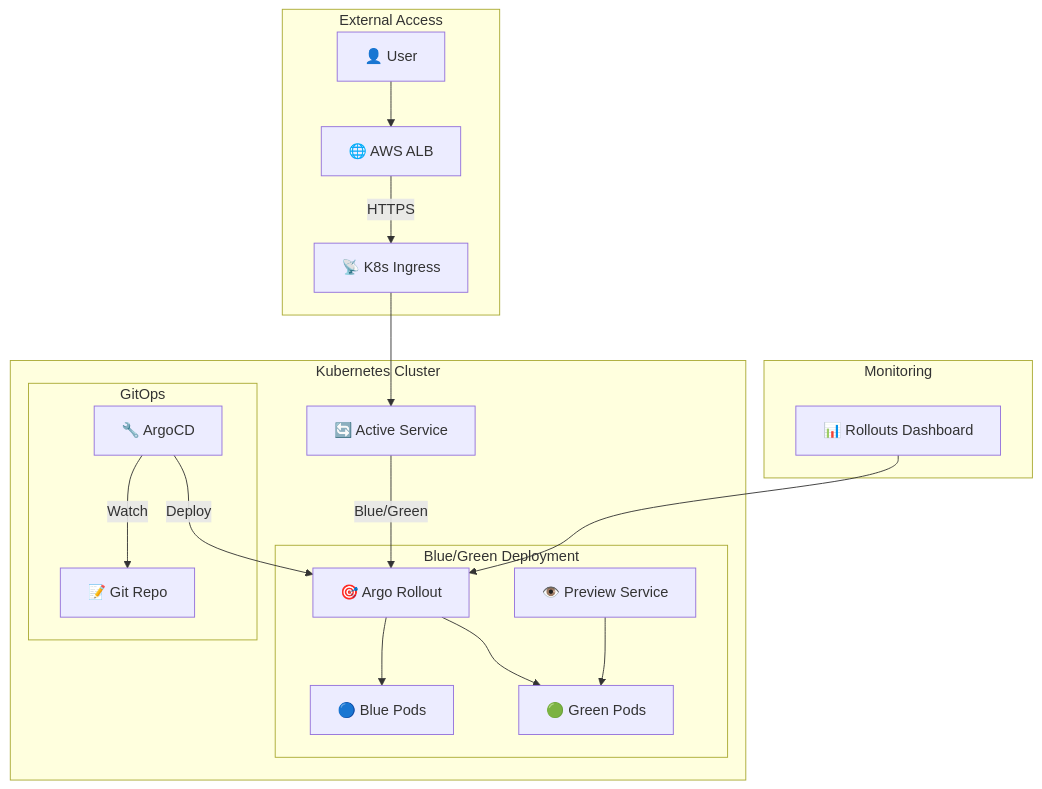
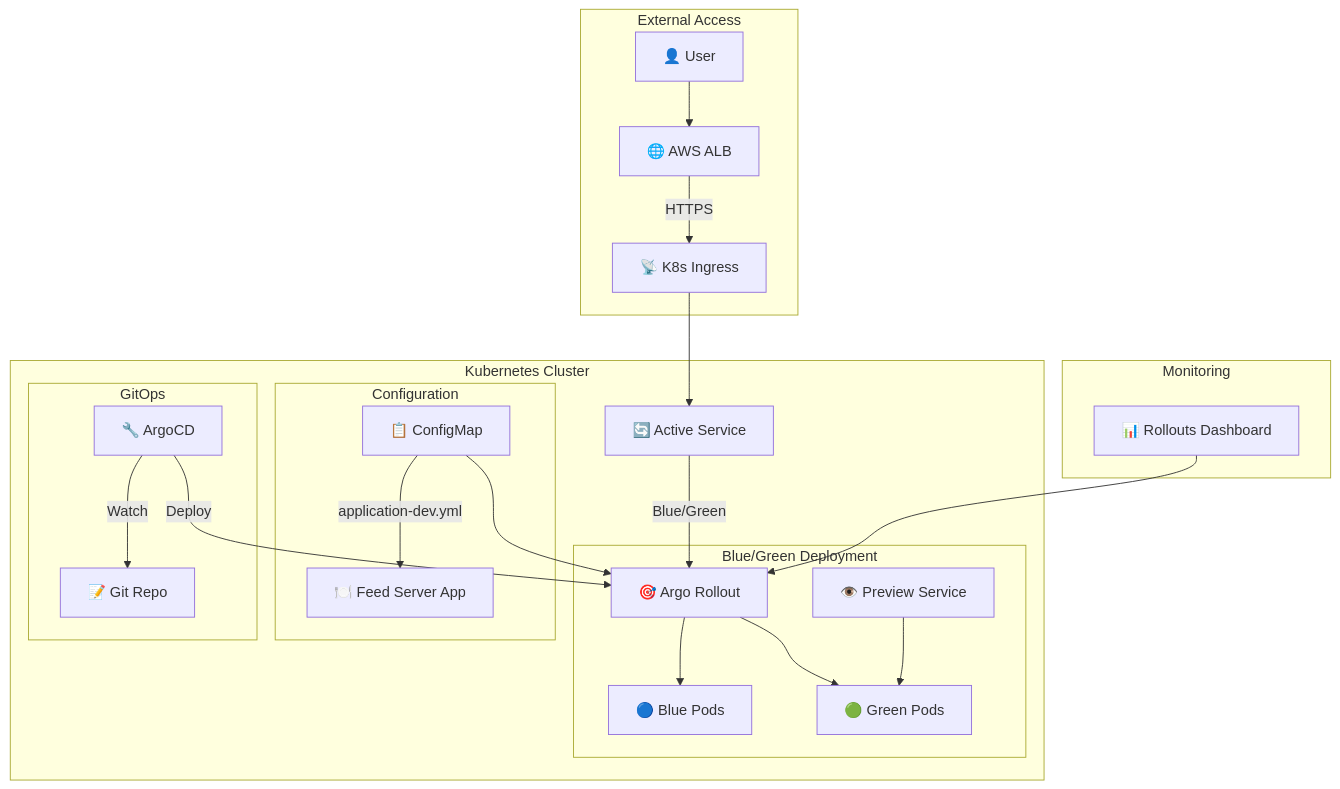
Before and after one commit to chulgil/terraform: the diagram in service/feed-server/README.md, drawn with Mermaid. The commit also changed other lines of this file and 8 other files, not shown here.

````diff
--- a/service/feed-server/README.md
+++ b/service/feed-server/README.md
@@ -27,27 +28,32 @@
 ```mermaid
 graph TB
     subgraph "External Access"
         User[👤 User] --> ALB[🌐 AWS ALB]
         ALB --> |HTTPS| Ingress[📡 K8s Ingress]
     end
     
     subgraph "Kubernetes Cluster"
         Ingress --> Service[🔄 Active Service]
         Service --> |Blue/Green| Rollout[🎯 Argo Rollout]
         
         subgraph "Blue/Green Deployment"
             Rollout --> Blue[🔵 Blue Pods]
             Rollout --> Green[🟢 Green Pods]
             Preview[👁️ Preview Service] --> Green
         end
         
+        subgraph "Configuration"
+            ConfigMap[📋 ConfigMap] --> Rollout
+            ConfigMap --> |application-dev.yml| App[🍽️ Feed Server App]
+        end
+        
         subgraph "GitOps"
             ArgoCD[🔧 ArgoCD] --> |Watch| Git[📝 Git Repo]
             ArgoCD --> |Deploy| Rollout
         end
     end
     
     subgraph "Monitoring"
         Dashboard[📊 Rollouts Dashboard] --> Rollout
     end
 ```
````
